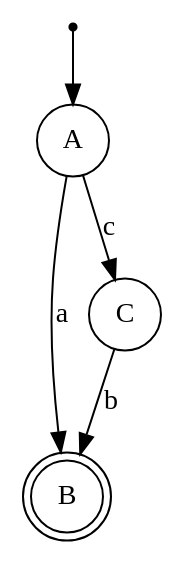
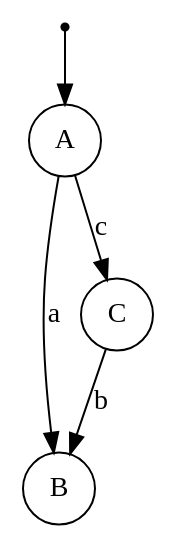
The diagram in Img/automata.gv (ajwlforever/LStar), drawn with Graphviz before and after one commit. The commit also changed 19 other files, not shown here.

```diff
--- a/Img/automata.gv
+++ b/Img/automata.gv
@@ -1,11 +1,12 @@
 // Automata for ab|c
 digraph {
 	S [shape=point]
 	A [shape=circle]
 	B [shape=doublecircle]
 	C [shape=circle]
+	B [shape=circle]
 	S -> A
 	A -> B [label=a]
 	A -> C [label=c]
 	C -> B [label=b]
 }
```
